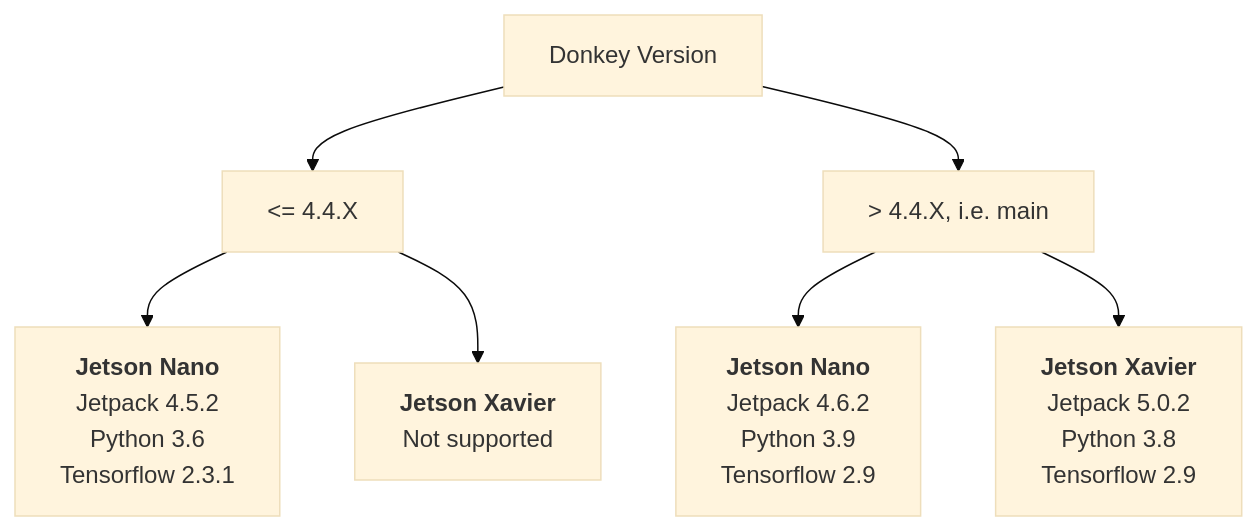
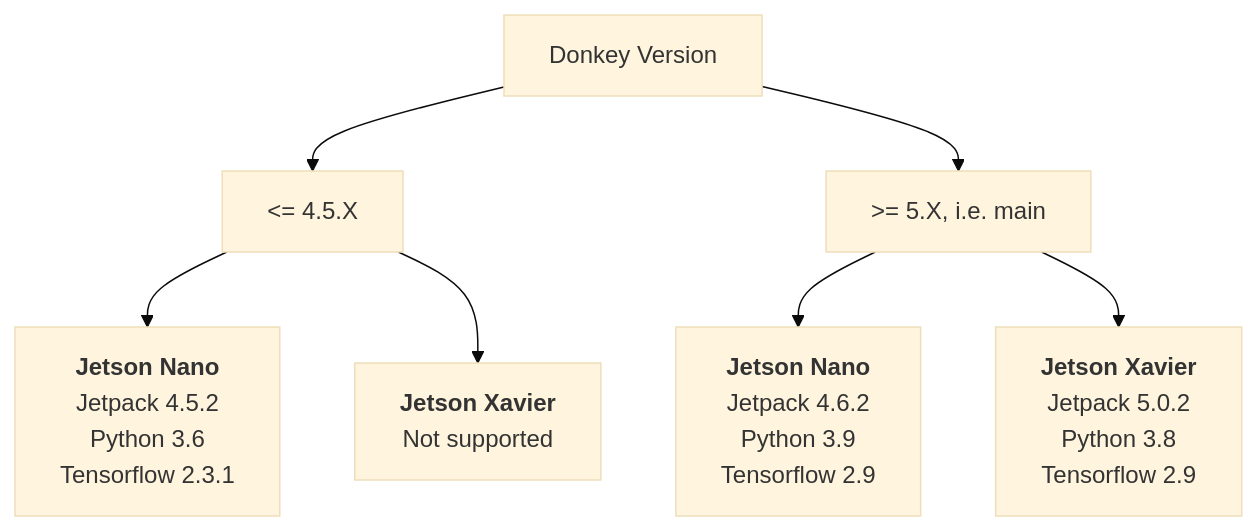
Before and after one commit to autorope/donkeydocs: the diagram in docs/guide/robot_sbc/setup_jetson_nano.md, drawn with Mermaid (base theme). The commit also changed other lines of this file, not shown here.

Commit message:
Update jetson doc * update latest DC version from 4.4.X to 4.5.X

````diff
--- a/docs/guide/robot_sbc/setup_jetson_nano.md
+++ b/docs/guide/robot_sbc/setup_jetson_nano.md
@@ -29,9 +29,9 @@
 ``` mermaid
 graph TD;
-    A[Donkey Version]-->B[<= 4.4.X];
-    A[Donkey Version]-->C[> 4.4.X, i.e. main]
+    A[Donkey Version]-->B[<= 4.5.X];
+    A[Donkey Version]-->C[>= 5.X, i.e. main]
     B-->D[<b>Jetson Nano</b> <br> Jetpack 4.5.2 <br> Python 3.6 <br> Tensorflow 2.3.1];
     B-->E[<b>Jetson Xavier</b> <br> Not supported];
     C-->F[<b>Jetson Nano</b> <br> Jetpack 4.6.2 <br> Python 3.9 <br> Tensorflow 2.9]
     C-->G[<b>Jetson Xavier</b> <br> Jetpack 5.0.2 <br> Python 3.8 <br> Tensorflow 2.9]
 ```
````
